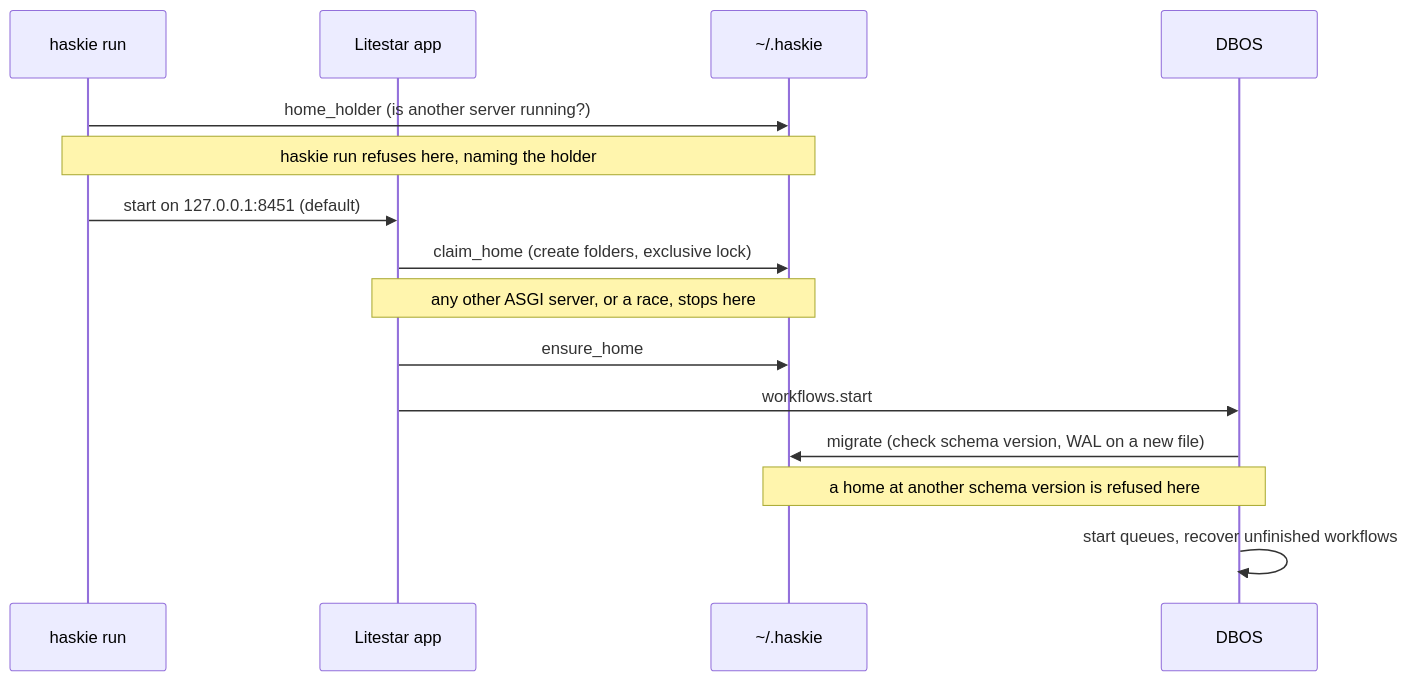
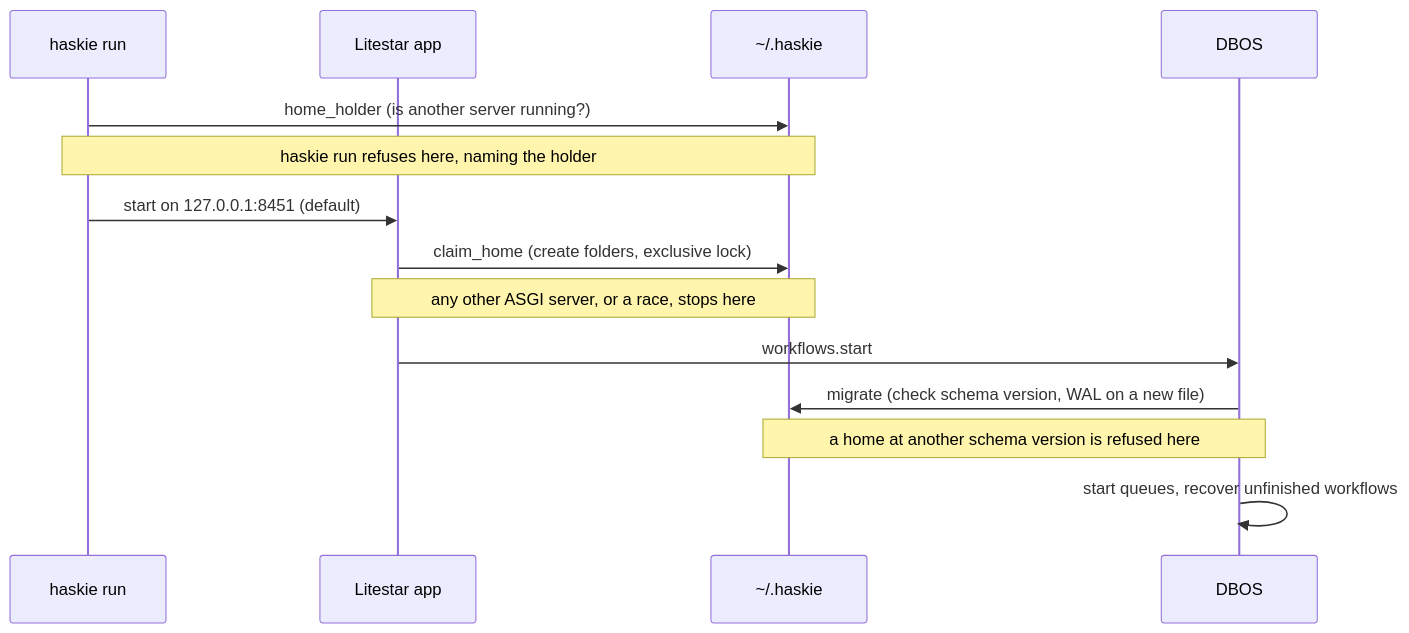
The second of 2 diagrams in docs/architecture.md (haskian/haskie), drawn with Mermaid before and after one commit. The commit also changed 80 other files, not shown here.

````diff
--- a/docs/architecture.md
+++ b/docs/architecture.md
@@ -48,17 +48,16 @@
 ```mermaid
 sequenceDiagram
     participant CLI as haskie run
     participant App as Litestar app
     participant Home as ~/.haskie
     participant DBOS
     CLI->>Home: home_holder (is another server running?)
     Note over CLI,Home: haskie run refuses here, naming the holder
     CLI->>App: start on 127.0.0.1:8451 (default)
     App->>Home: claim_home (create folders, exclusive lock)
     Note over App,Home: any other ASGI server, or a race, stops here
-    App->>Home: ensure_home
     App->>DBOS: workflows.start
     DBOS->>Home: migrate (check schema version, WAL on a new file)
     Note over DBOS,Home: a home at another schema version is refused here
     DBOS->>DBOS: start queues, recover unfinished workflows
 ```
````
